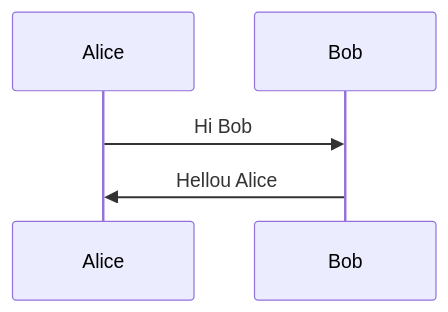
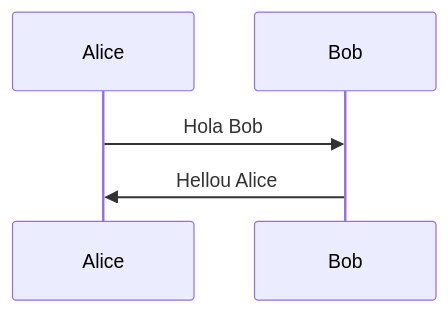
The diagram in test.mermaid (amisca-at/mermaid-sample), drawn with Mermaid before and after one commit.

```diff
--- a/test.mermaid
+++ b/test.mermaid
@@ -1,5 +1,5 @@
 sequenceDiagram
     participant Alice
     participant Bob
-    Alice->>Bob: Hi Bob
+    Alice->>Bob: Hola Bob
     Bob->>Alice: Hellou Alice
```
